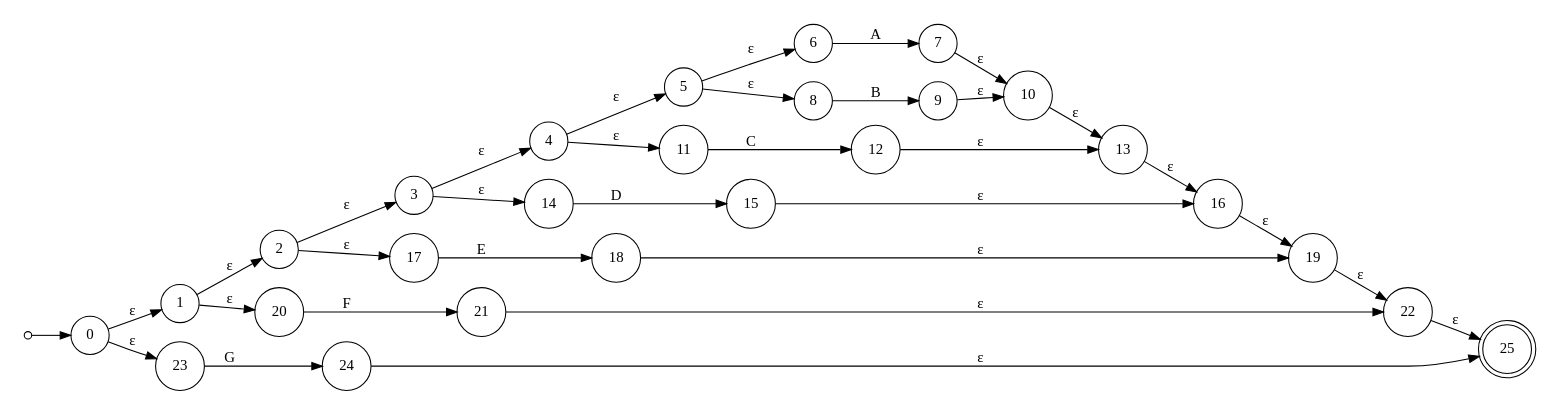
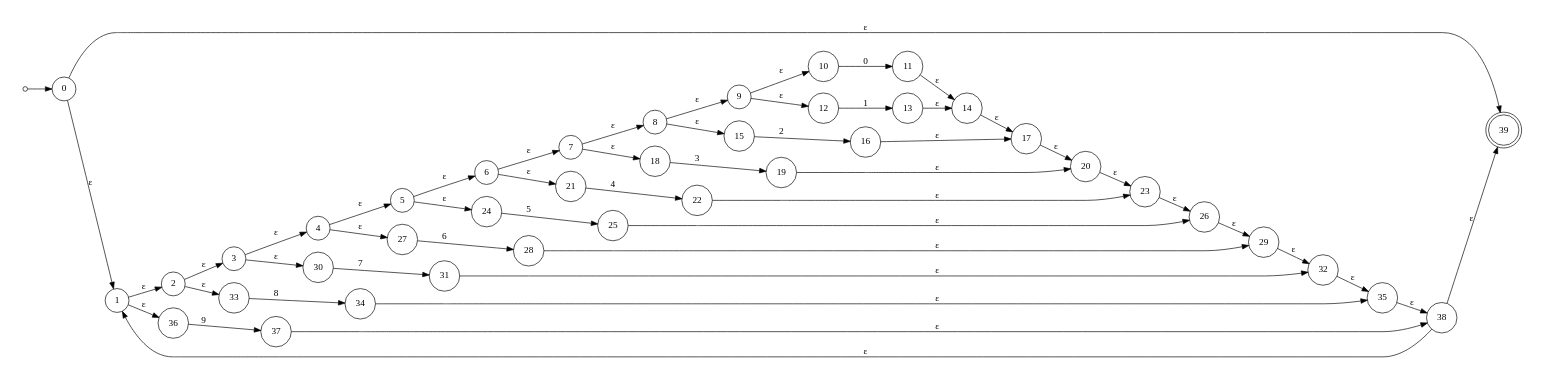
One commit to EstebanAG1005/LaboratorioC-Lenguajes changed the diagram in nfa6.gv. Above: the diagram before and after it, drawn with Graphviz. The commit also changed 19 other files, not shown here.

```diff
--- a/nfa6.gv
+++ b/nfa6.gv
@@ -1,39 +1,58 @@
 digraph {
 	rankdir=LR size="8,5"
 	node [shape=doublecircle]
-	25
+	39
 	node [shape=circle]
 	start [label="" height=0.1 width=0.1]
 	start -> 0 [label=""]
 	0 -> 1 [label="ε"]
-	0 -> 23 [label="ε"]
+	0 -> 39 [label="ε"]
 	1 -> 2 [label="ε"]
-	1 -> 20 [label="ε"]
+	1 -> 36 [label="ε"]
 	2 -> 3 [label="ε"]
-	2 -> 17 [label="ε"]
+	2 -> 33 [label="ε"]
 	3 -> 4 [label="ε"]
-	3 -> 14 [label="ε"]
+	3 -> 30 [label="ε"]
 	4 -> 5 [label="ε"]
-	4 -> 11 [label="ε"]
+	4 -> 27 [label="ε"]
 	5 -> 6 [label="ε"]
-	5 -> 8 [label="ε"]
-	6 -> 7 [label=A]
-	8 -> 9 [label=B]
-	7 -> 10 [label="ε"]
+	5 -> 24 [label="ε"]
+	6 -> 7 [label="ε"]
+	6 -> 21 [label="ε"]
+	7 -> 8 [label="ε"]
+	7 -> 18 [label="ε"]
+	8 -> 9 [label="ε"]
+	8 -> 15 [label="ε"]
 	9 -> 10 [label="ε"]
-	11 -> 12 [label=C]
-	10 -> 13 [label="ε"]
-	12 -> 13 [label="ε"]
-	14 -> 15 [label=D]
-	13 -> 16 [label="ε"]
-	15 -> 16 [label="ε"]
-	17 -> 18 [label=E]
-	16 -> 19 [label="ε"]
-	18 -> 19 [label="ε"]
-	20 -> 21 [label=F]
-	19 -> 22 [label="ε"]
-	21 -> 22 [label="ε"]
-	23 -> 24 [label=G]
-	22 -> 25 [label="ε"]
-	24 -> 25 [label="ε"]
+	9 -> 12 [label="ε"]
+	10 -> 11 [label=0]
+	12 -> 13 [label=1]
+	11 -> 14 [label="ε"]
+	13 -> 14 [label="ε"]
+	15 -> 16 [label=2]
+	14 -> 17 [label="ε"]
+	16 -> 17 [label="ε"]
+	18 -> 19 [label=3]
+	17 -> 20 [label="ε"]
+	19 -> 20 [label="ε"]
+	21 -> 22 [label=4]
+	20 -> 23 [label="ε"]
+	22 -> 23 [label="ε"]
+	24 -> 25 [label=5]
+	23 -> 26 [label="ε"]
+	25 -> 26 [label="ε"]
+	27 -> 28 [label=6]
+	26 -> 29 [label="ε"]
+	28 -> 29 [label="ε"]
+	30 -> 31 [label=7]
+	29 -> 32 [label="ε"]
+	31 -> 32 [label="ε"]
+	33 -> 34 [label=8]
+	32 -> 35 [label="ε"]
+	34 -> 35 [label="ε"]
+	36 -> 37 [label=9]
+	35 -> 38 [label="ε"]
+	37 -> 38 [label="ε"]
+	38 -> 1 [label="ε"]
+	38 -> 39 [label="ε"]
 }
```
